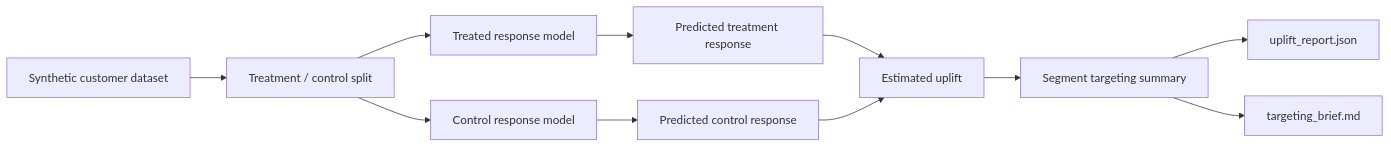
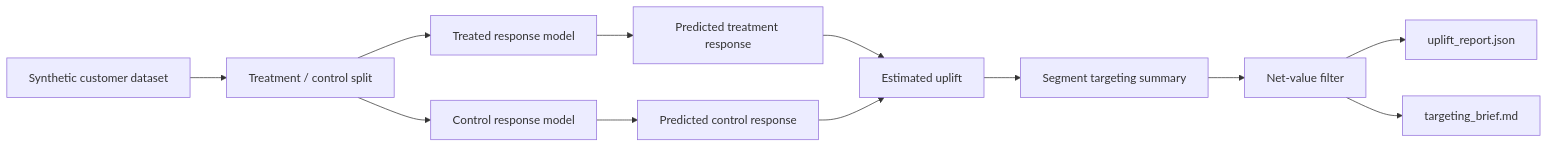
The diagram in README.md (srn91/uplift-decision-engine), drawn with Mermaid before and after one commit. The commit also changed other lines of this file and 5 other files, not shown here.

Commit message:
Add net value aware uplift targeting

````diff
--- a/README.md
+++ b/README.md
@@ -20,13 +21,14 @@
 ```mermaid
 flowchart LR
     A["Synthetic customer dataset"] --> B["Treatment / control split"]
     B --> C["Treated response model"]
     B --> D["Control response model"]
     C --> E["Predicted treatment response"]
     D --> F["Predicted control response"]
     E --> G["Estimated uplift"]
     F --> G
     G --> H["Segment targeting summary"]
-    H --> I["uplift_report.json"]
-    H --> J["targeting_brief.md"]
+    H --> I["Net-value filter"]
+    I --> J["uplift_report.json"]
+    I --> K["targeting_brief.md"]
 ```
````
